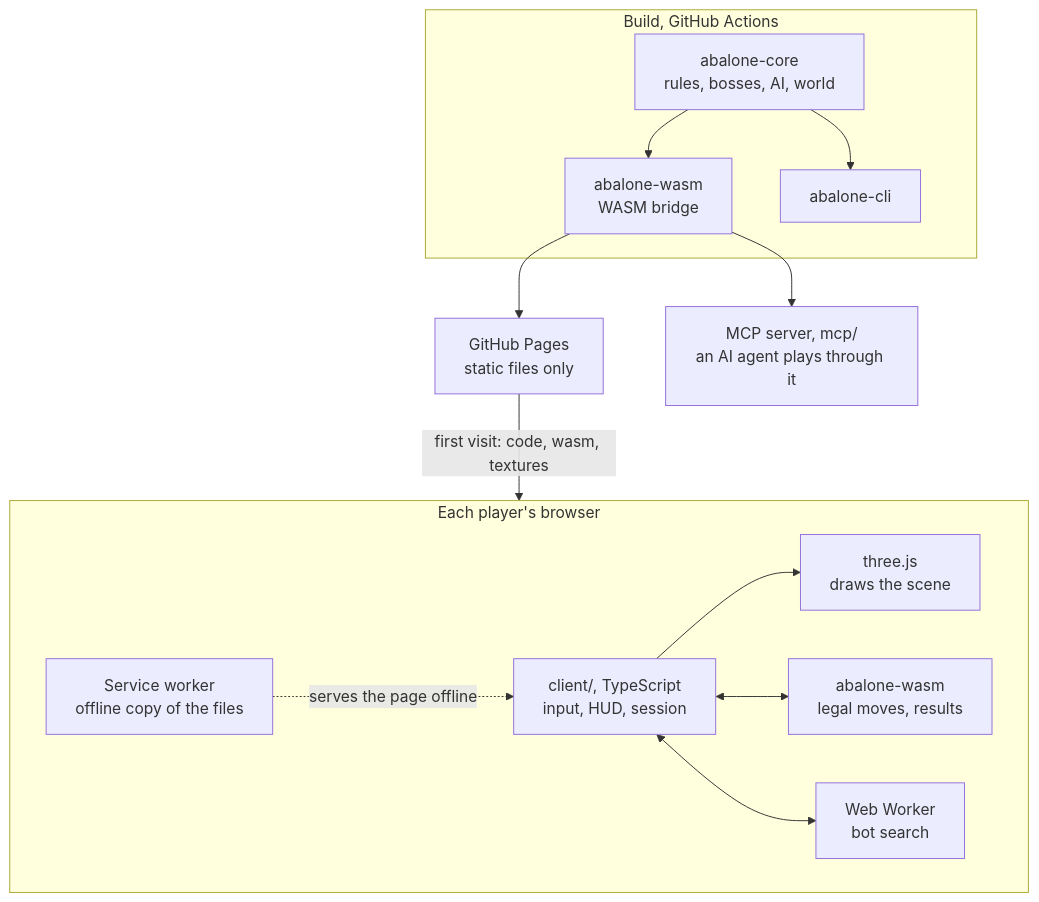
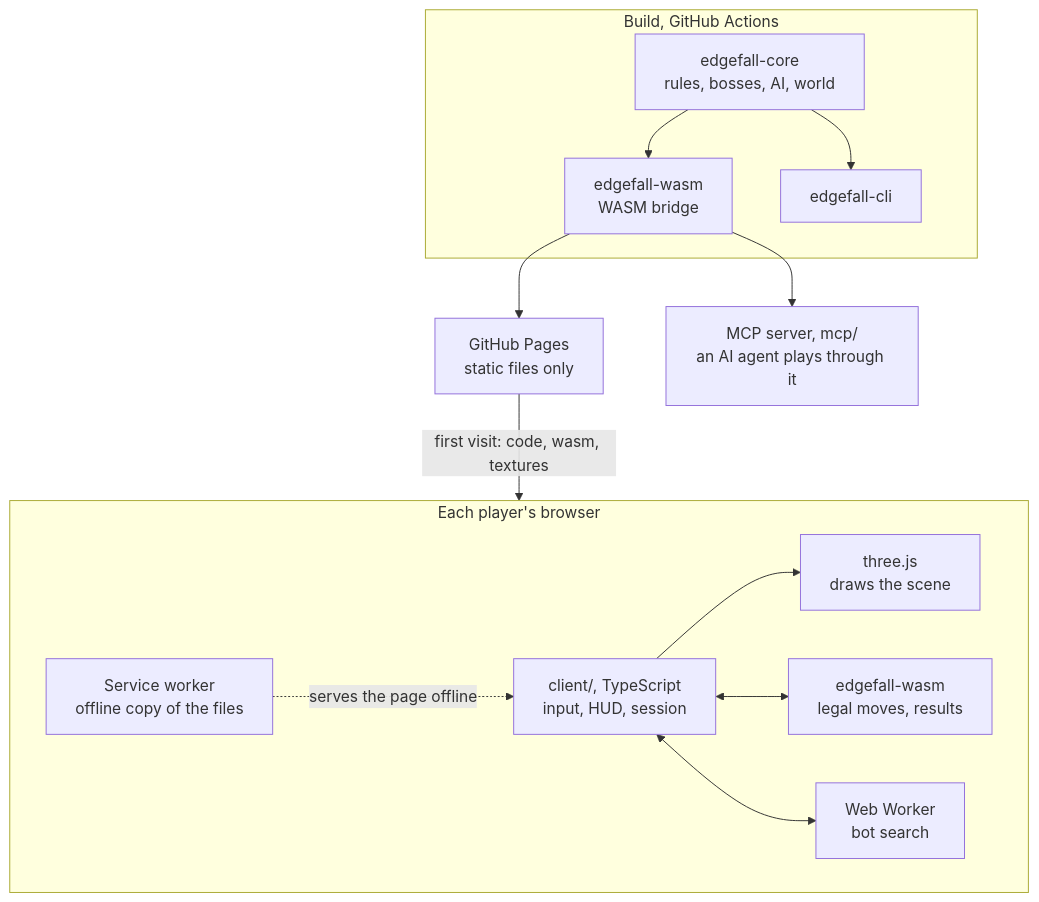
One commit to TidyMaze/ab-alone changed the first of 3 diagrams in docs/architecture.md. Above: the diagram before and after it, drawn with Mermaid. The commit also changed 228 other files, not shown here.

First line of the commit message:
chore: the crates are edgefall-core, edgefall-wasm and edgefall-cli, the wasm pkg edgefall-wasm and the client edgefall-client, with no player-visible change (Closes #1653)

````diff
--- a/docs/architecture.md
+++ b/docs/architecture.md
@@ -9,23 +9,23 @@
 ```mermaid
 flowchart TB
   subgraph Build["Build, GitHub Actions"]
-    core["abalone-core<br/>rules, bosses, AI, world"]
-    wasm["abalone-wasm<br/>WASM bridge"]
+    core["edgefall-core<br/>rules, bosses, AI, world"]
+    wasm["edgefall-wasm<br/>WASM bridge"]
     core --> wasm
-    core --> cli["abalone-cli"]
+    core --> cli["edgefall-cli"]
   end
   wasm --> pages["GitHub Pages<br/>static files only"]
   wasm --> mcp["MCP server, mcp/<br/>an AI agent plays through it"]
   pages -- "first visit: code, wasm, textures" --> browser
   subgraph browser["Each player's browser"]
     ts["client/, TypeScript<br/>input, HUD, session"]
     three["three.js<br/>draws the scene"]
-    rules["abalone-wasm<br/>legal moves, results"]
+    rules["edgefall-wasm<br/>legal moves, results"]
     bot["Web Worker<br/>bot search"]
     sw["Service worker<br/>offline copy of the files"]
     ts --> three
     ts <--> rules
     ts <--> bot
     sw -. "serves the page offline" .-> ts
   end
 ```
````
